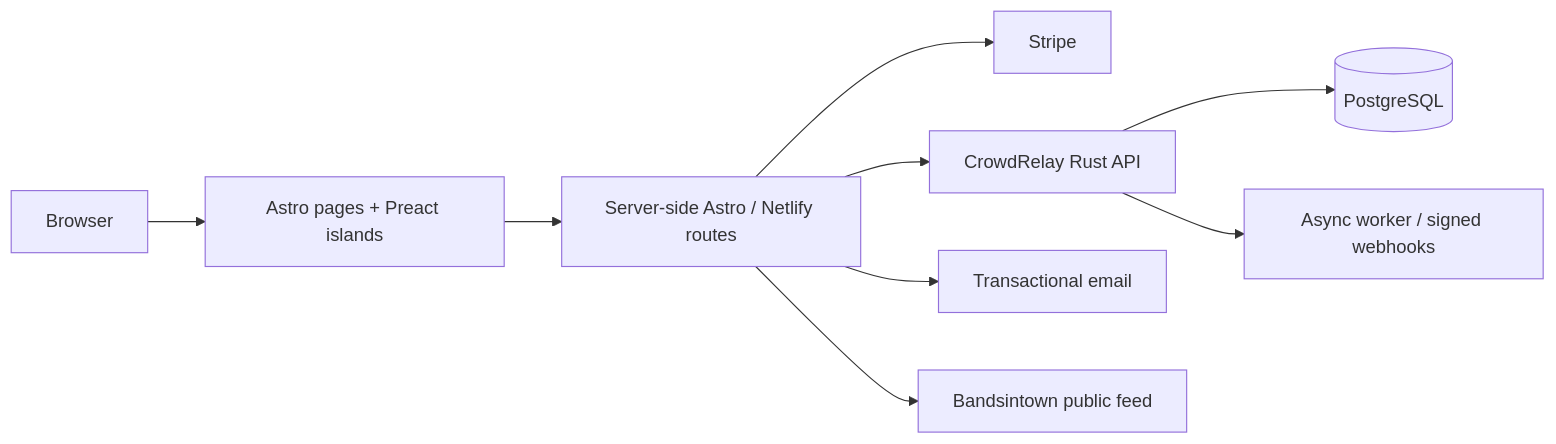
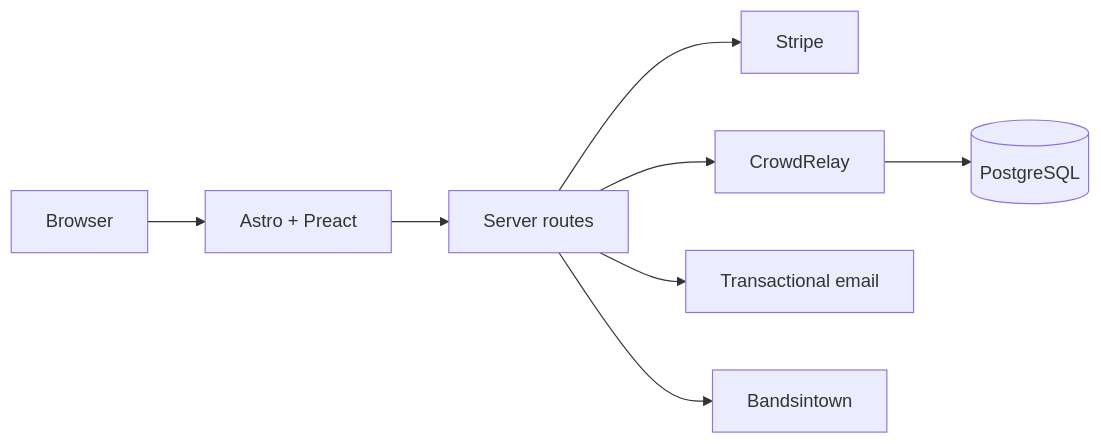
Before and after one commit to CrowdRelay/virya: the diagram in README.md, drawn with Mermaid. The commit also changed other lines of this file, not shown here.

Commit message:
docs: simplify Virya public README

````diff
--- a/README.md
+++ b/README.md
@@ -40,11 +25,10 @@
 ```mermaid
 flowchart LR
-    Browser[Browser] --> Astro[Astro pages + Preact islands]
-    Astro --> Routes[Server-side Astro / Netlify routes]
+    Browser[Browser] --> Astro[Astro + Preact]
+    Astro --> Routes[Server routes]
     Routes --> Stripe[Stripe]
-    Routes --> CR[CrowdRelay Rust API]
+    Routes --> CR[CrowdRelay]
     Routes --> Mail[Transactional email]
-    Routes --> BIT[Bandsintown public feed]
+    Routes --> BIT[Bandsintown]
     CR --> PG[(PostgreSQL)]
-    CR --> Worker[Async worker / signed webhooks]
 ```
````
